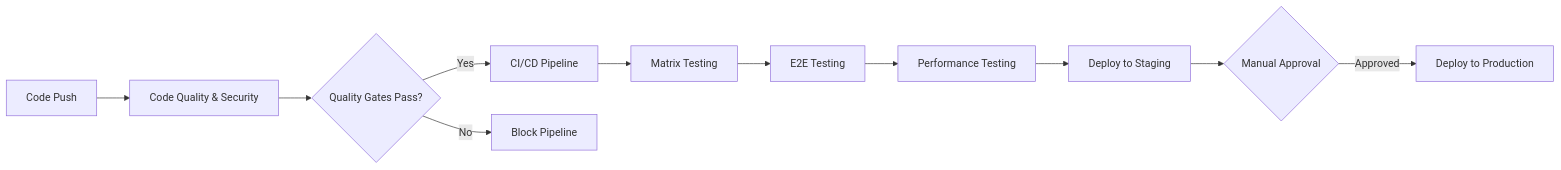
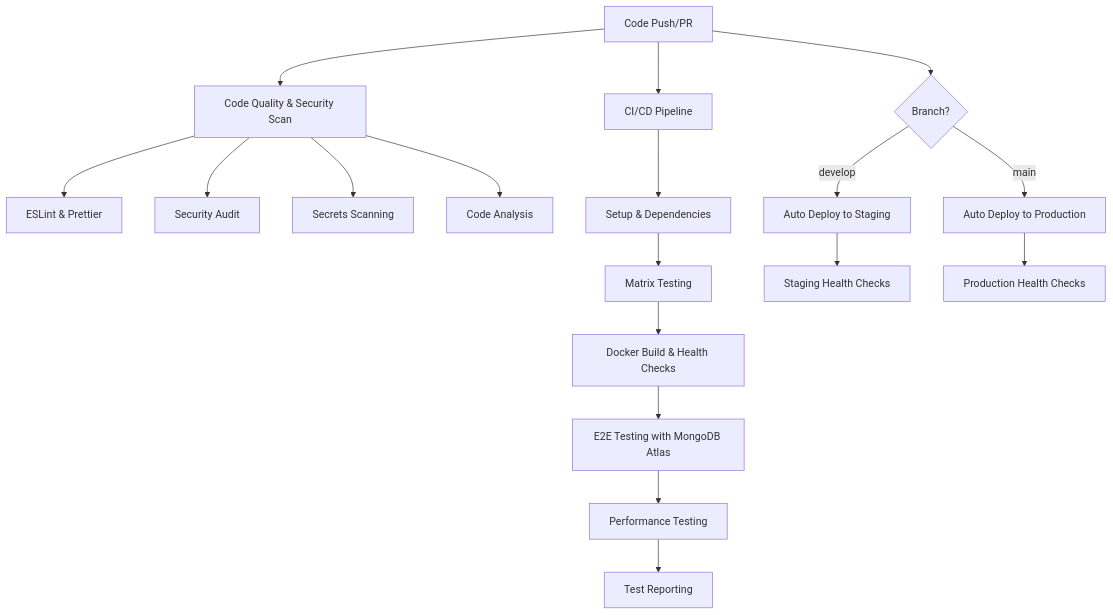
The diagram in docs/MILESTONE_2_FINAL_SUBMISSION.md (Honeegee/BrainBytesAI), drawn with Mermaid before and after one commit. The commit also changed other lines of this file and 3 other files, not shown here.

````diff
--- a/docs/MILESTONE_2_FINAL_SUBMISSION.md
+++ b/docs/MILESTONE_2_FINAL_SUBMISSION.md
@@ -125,13 +168,24 @@
 ```mermaid
-graph LR
-    A[Code Push] --> B[Code Quality & Security]
-    B --> C{Quality Gates Pass?}
-    C -->|Yes| D[CI/CD Pipeline]
-    C -->|No| E[Block Pipeline]
-    D --> F[Matrix Testing]
-    F --> G[E2E Testing]
-    G --> H[Performance Testing]
-    H --> I[Deploy to Staging]
-    I --> J{Manual Approval}
-    J -->|Approved| K[Deploy to Production]
+graph TD
+    A[Code Push/PR] --> B[Code Quality & Security Scan]
+    A --> C[CI/CD Pipeline]
+    
+    B --> B1[ESLint & Prettier]
+    B --> B2[Security Audit]
+    B --> B3[Secrets Scanning]
+    B --> B4[Code Analysis]
+    
+    C --> C1[Setup & Dependencies]
+    C1 --> C2[Matrix Testing]
+    C2 --> C3[Docker Build & Health Checks]
+    C3 --> C4[E2E Testing with MongoDB Atlas]
+    C4 --> C5[Performance Testing]
+    C5 --> C6[Test Reporting]
+    
+    A --> D{Branch?}
+    D -->|develop| E[Auto Deploy to Staging]
+    D -->|main| F[Auto Deploy to Production]
+    
+    E --> G[Staging Health Checks]
+    F --> H[Production Health Checks]
 ```
````
